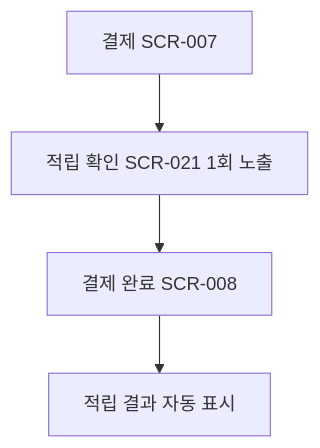
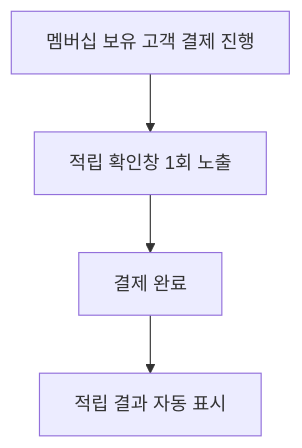
The seventh of 25 diagrams in docs/wiki/user-scenarios.md (hagenie128/ASAK), drawn with Mermaid before and after one commit. The commit also changed other lines of this file and 241 other files, not shown here.

````diff
--- a/docs/wiki/user-scenarios.md
+++ b/docs/wiki/user-scenarios.md
@@ -114,6 +114,6 @@
 ```mermaid
 flowchart TD
-    A[결제 SCR-007] --> B[적립 확인 SCR-021 1회 노출]
-    B --> C[결제 완료 SCR-008]
+    A[멤버십 보유 고객 결제 진행] --> B[적립 확인창 1회 노출]
+    B --> C[결제 완료]
     C --> D[적립 결과 자동 표시]
 ```
````
